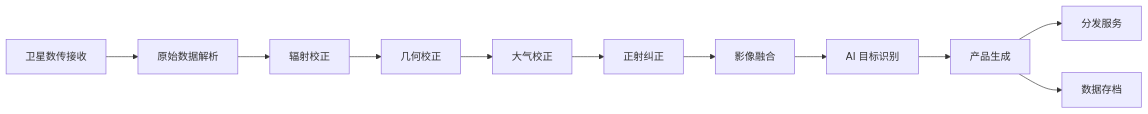
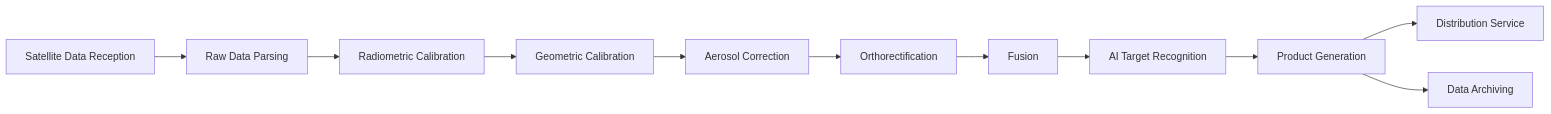
The third of 4 diagrams in tree/application/architecture/space-internet.md (teaglebuilt/knowledge-tree), drawn with Mermaid before and after one commit. The commit also changed other lines of this file and 7 other files, not shown here.

````diff
--- a/tree/application/architecture/space-internet.md
+++ b/tree/application/architecture/space-internet.md
@@ -211,13 +211,13 @@
 ```mermaid
 flowchart LR
-    A[卫星数传接收] --> B[原始数据解析]
-    B --> C[辐射校正]
-    C --> D[几何校正]
-    D --> E[大气校正]
-    E --> F[正射纠正]
-    F --> G[影像融合]
-    G --> H[AI 目标识别]
-    H --> I[产品生成]
-    I --> J[分发服务]
-    I --> K[数据存档]
+    A[Satellite Data Reception] --> B[Raw Data Parsing]
+    B --> C[Radiometric Calibration]
+    C --> D[Geometric Calibration]
+    D --> E[Aerosol Correction]
+    E --> F[Orthorectification]
+    F --> G[Fusion]
+    G --> H[AI Target Recognition]
+    H --> I[Product Generation]
+    I --> J[Distribution Service]
+    I --> K[Data Archiving]
 ```
````
